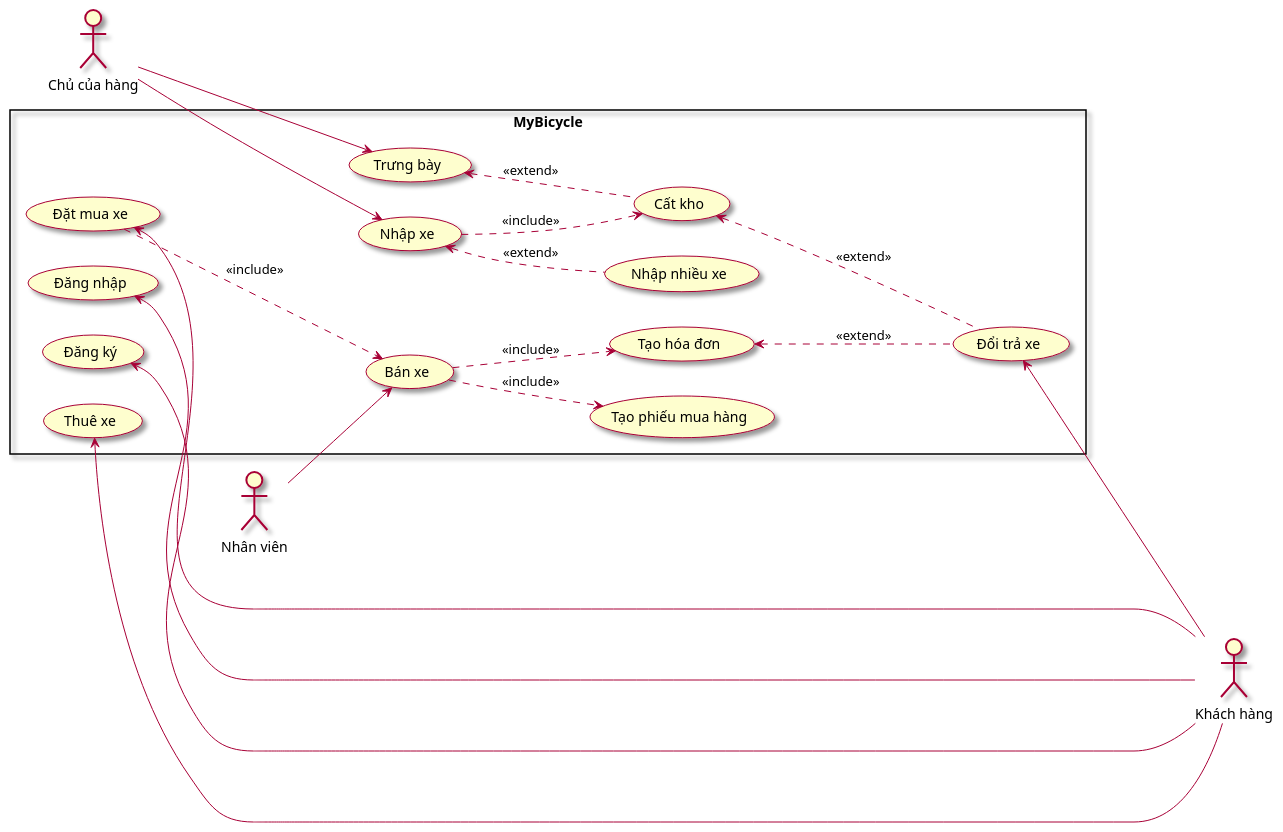
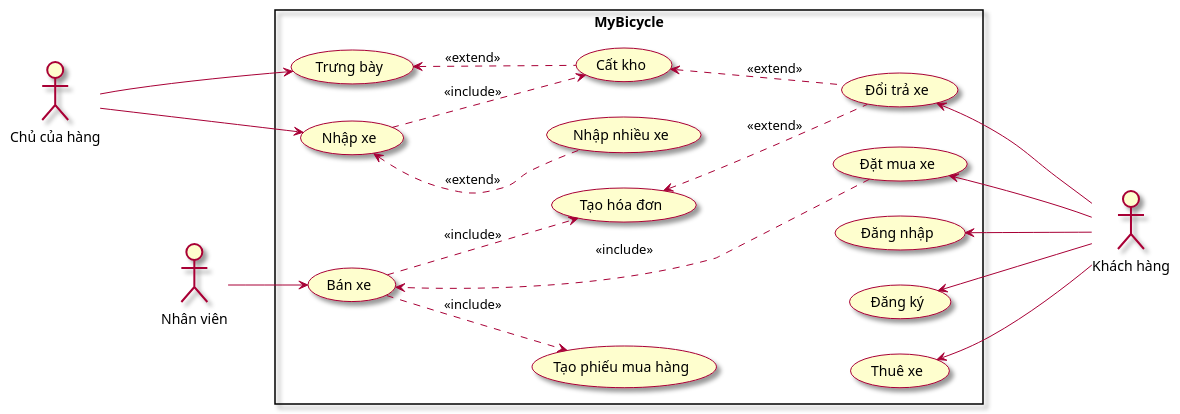
Before and after one commit to Marowota/SE100-plantuml: the diagram in excercise/uc.puml, drawn with PlantUML.

Commit message:
update uc

```diff
--- a/excercise/uc.puml
+++ b/excercise/uc.puml
@@ -1,48 +1,53 @@
 @startuml MyBicycle
 skin rose
 left to right direction
 
 actor "Chủ của hàng" as owner
 actor "Khách hàng" as customer
 actor "Nhân viên" as staff
 
 rectangle MyBicycle {
     usecase "Trưng bày" as trungBay
     usecase "Nhập xe" as nhapXe
     usecase "Bán xe" as banXe
     usecase "Thuê xe" as thueXe
     usecase "Đặt mua xe" as muaXe
     usecase "Đổi trả xe" as doiTraXe
     ' usecase "Trả xe" as traXe
     ' usecase "Đổi xe" as doiXe
     usecase "Đăng nhập" as dangNhap
     usecase "Đăng ký" as dangKy
     usecase "Tạo phiếu mua hàng" as taoPhieuMuaHang
     usecase "Tạo hóa đơn" as taoHoaDon
     usecase "Cất kho" as catKho
     usecase "Nhập nhiều xe" as nhapNhieuXe
 }
 
 owner ---> (nhapXe)
 (nhapXe) ..> (catKho): <<include>>
 (nhapXe) <.. (nhapNhieuXe): <<extend>>
 owner ---> (trungBay)
 (trungBay) <.. (catKho): <<extend>>
 
 (muaXe) ...> (banXe): <<include>>
 (thueXe) <--- customer
 (muaXe) <--- customer
 (doiTraXe) <--- customer
-(catKho) <... (doiTraXe): <<extend>>
-(taoHoaDon) <... (doiTraXe): <<extend>>
+(catKho) <.. (doiTraXe): <<extend>>
+(taoHoaDon) <.. (doiTraXe): <<extend>>
 (dangKy) <--- customer
 (dangNhap) <--- customer
+
+(taoPhieuMuaHang) -[hidden]-> (muaXe)
+(taoPhieuMuaHang) -[hidden]-> (thueXe)
+(taoPhieuMuaHang) -[hidden]-> (dangNhap)
+(taoPhieuMuaHang) -[hidden]-> (dangKy)
 
 staff --> (banXe)
 (banXe) ..> (taoPhieuMuaHang): <<include>>
 (banXe) ..> (taoHoaDon): <<include>>
 
 
 
 
 @enduml
```
